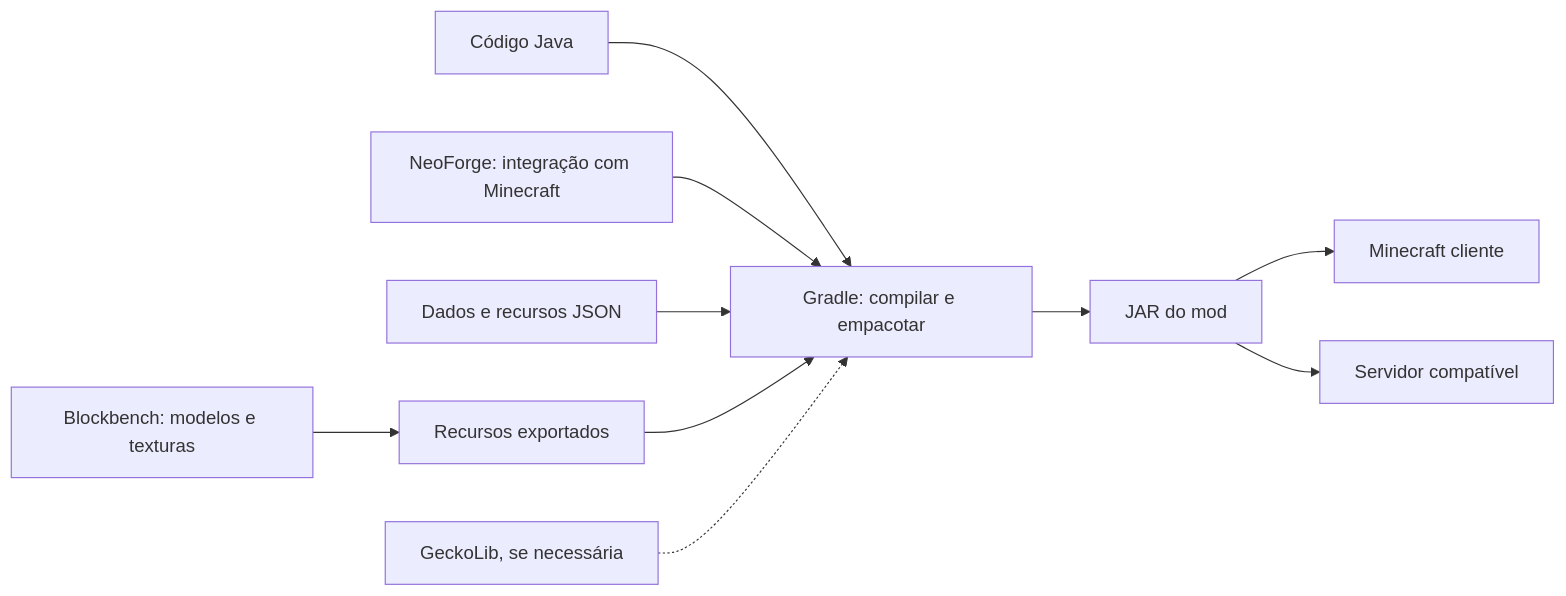
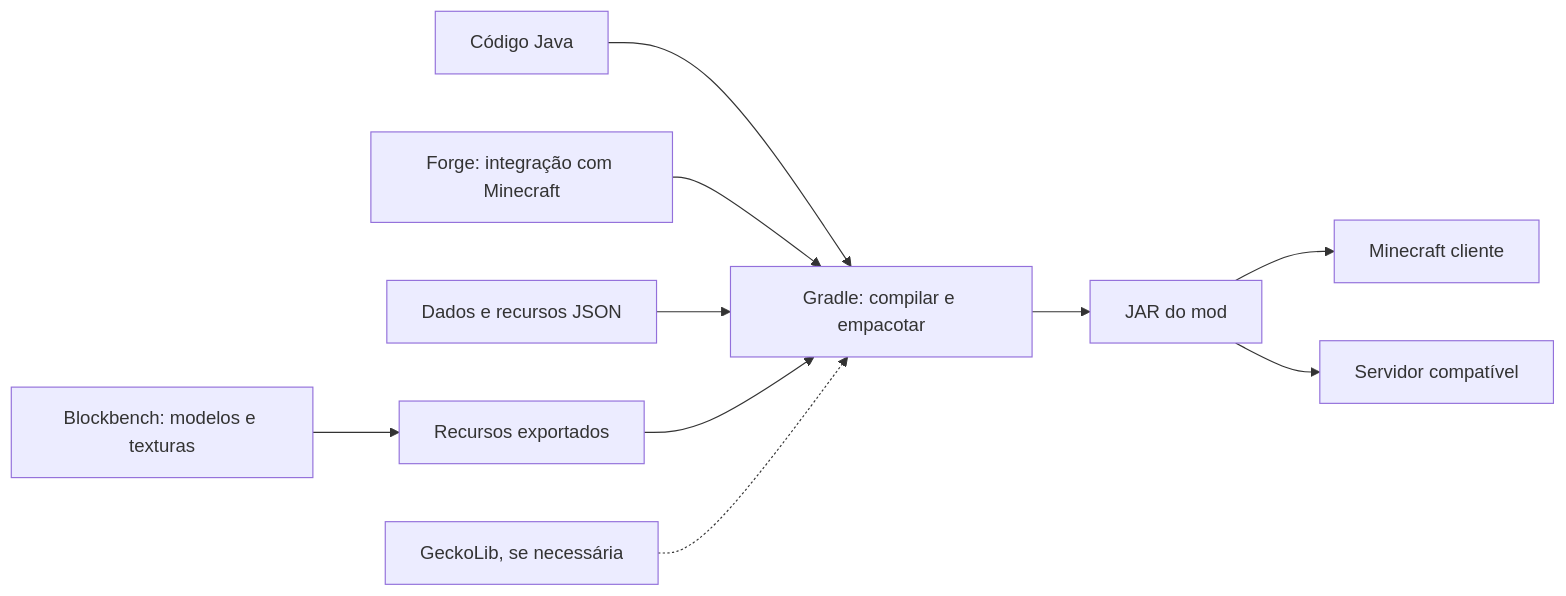
One commit to GabrielKraemer2805/A-Guerra-Ezuberante changed the second of 13 diagrams in README.md. Above: the diagram before and after it, drawn with Mermaid. The commit also changed other lines of this file and 57 other files, not shown here.

````diff
--- a/README.md
+++ b/README.md
@@ -287,12 +402,12 @@
 ```mermaid
 flowchart LR
     J["Código Java"] --> G["Gradle: compilar e empacotar"]
-    N["NeoForge: integração com Minecraft"] --> G
+    N["Forge: integração com Minecraft"] --> G
     D["Dados e recursos JSON"] --> G
     B["Blockbench: modelos e texturas"] --> R["Recursos exportados"]
     R --> G
     K["GeckoLib, se necessária"] -.-> G
     G --> M["JAR do mod"]
     M --> C["Minecraft cliente"]
     M --> S["Servidor compatível"]
 ```
````
